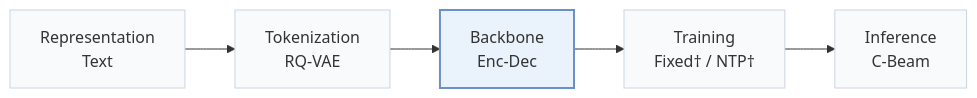
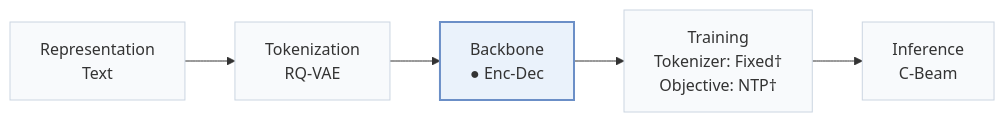
Before and after one commit to Galaxy-ghost/Awesome-SID-Generative-Rec: the first of 2 diagrams in pages/papers/trierec.md, drawn with Mermaid. The commit also changed other lines of this file and 558 other files, not shown here.

````diff
--- a/pages/papers/trierec.md
+++ b/pages/papers/trierec.md
@@ -15,8 +18,8 @@
 ```mermaid
 flowchart LR
-    R["Representation<br/>Text"] --> T["Tokenization<br/>RQ-VAE"] --> B["Backbone<br/>Enc-Dec"] --> TR["Training<br/>Fixed† / NTP†"] --> I["Inference<br/>C-Beam"]
+    R["Representation<br/>Text"] --> T["Tokenization<br/>RQ-VAE"] --> B["Backbone<br/>● Enc-Dec"] --> TR["Training<br/>Tokenizer: Fixed†<br/>Objective: NTP†"] --> I["Inference<br/>C-Beam"]
     classDef base fill:#f8fafc,stroke:#cbd5e1
     class R,T,B,TR,I base
     classDef main fill:#eaf2fb,stroke:#6b8fc7,stroke-width:2px
     class B main
 ```
````
